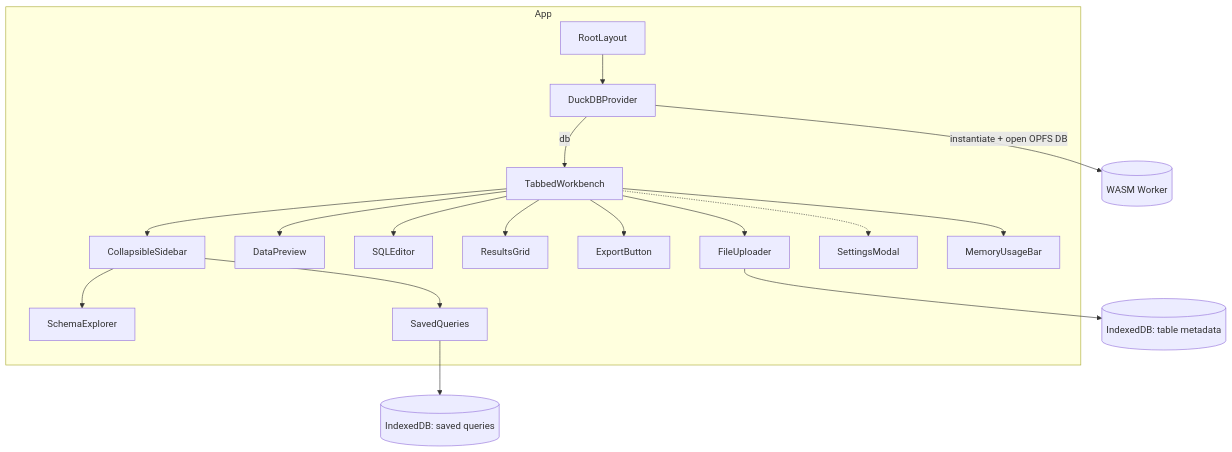
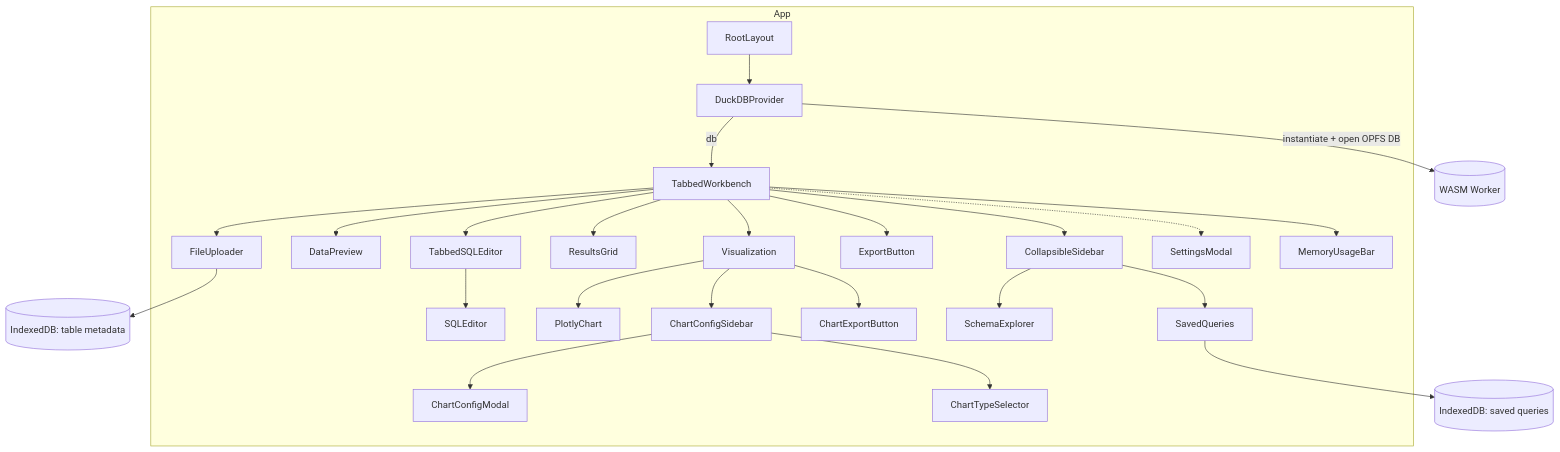
One commit to james-ralph8555/homebench changed the diagram in components/README.md. Above: the diagram before and after it, drawn with Mermaid. The commit also changed other lines of this file and 7 other files, not shown here.

````diff
--- a/components/README.md
+++ b/components/README.md
@@ -7,21 +7,28 @@
 ```mermaid
 graph TD
   subgraph App
     RootLayout --> DuckDBProvider
     DuckDBProvider -->|db| TabbedWorkbench
     TabbedWorkbench --> FileUploader
     TabbedWorkbench --> DataPreview
-    TabbedWorkbench --> SQLEditor
+    TabbedWorkbench --> TabbedSQLEditor
+    TabbedSQLEditor --> SQLEditor
     TabbedWorkbench --> ResultsGrid
+    TabbedWorkbench --> Visualization
     TabbedWorkbench --> ExportButton
     TabbedWorkbench --> CollapsibleSidebar
     CollapsibleSidebar --> SchemaExplorer
     CollapsibleSidebar --> SavedQueries
     TabbedWorkbench -.-> SettingsModal
     TabbedWorkbench --> MemoryUsageBar
+    Visualization --> PlotlyChart
+    Visualization --> ChartConfigSidebar
+    Visualization --> ChartExportButton
+    ChartConfigSidebar --> ChartConfigModal
+    ChartConfigSidebar --> ChartTypeSelector
   end
 
   DuckDBProvider -->|instantiate + open OPFS DB| DuckDBWorker[(WASM Worker)]
   SavedQueries --> DexieDB[(IndexedDB: saved queries)]
   FileUploader --> TableMetadataStore[(IndexedDB: table metadata)]
 ```
````
